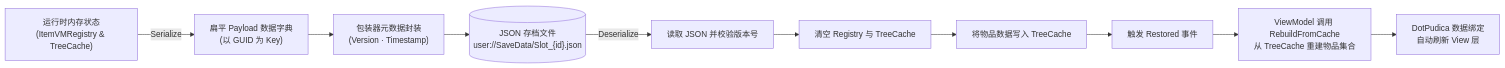
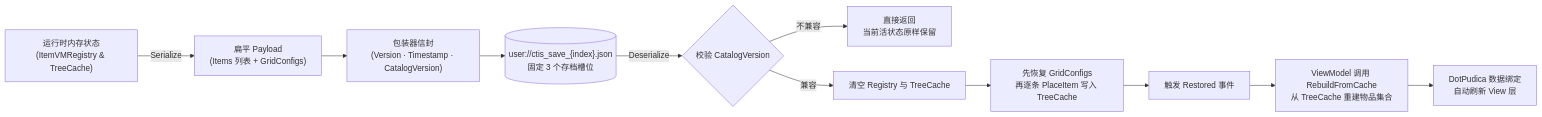
Before and after one commit to Cholopol/Cholopol-Tetris-Inventory-System: diagram 12 of 13 in README_CN.md, drawn with Mermaid. The commit also changed other lines of this file and 4 other files, not shown here.

````diff
--- a/README_CN.md
+++ b/README_CN.md
@@ -449,13 +541,14 @@
 ```mermaid
 flowchart LR
-  RuntimeState["运行时内存状态<br/>(ItemVMRegistry & TreeCache)"] -->|Serialize| DTO["扁平 Payload 数据字典<br/>(以 GUID 为 Key)"]
-  DTO --> Wrap["包装器元数据封装<br/>(Version · Timestamp)"]
-  Wrap --> SaveFile[("JSON 存档文件<br/>user://SaveData/Slot_{id}.json")]
+  RuntimeState["运行时内存状态<br/>(ItemVMRegistry & TreeCache)"] -->|Serialize| DTO["扁平 Payload<br/>(Items 列表 + GridConfigs)"]
+  DTO --> Wrap["包装器信封<br/>(Version · Timestamp · CatalogVersion)"]
+  Wrap --> SaveFile[("user://ctis_save_{index}.json<br/>固定 3 个存档槽位")]
 
-  SaveFile -->|Deserialize| Unpack["读取 JSON 并校验版本号"]
-  Unpack --> Clear["清空 Registry 与 TreeCache"]
-  Clear --> Apply["将物品数据写入 TreeCache"]
+  SaveFile -->|Deserialize| Check{"校验 CatalogVersion"}
+  Check -->|"不兼容"| Abort["直接返回<br/>当前活状态原样保留"]
+  Check -->|"兼容"| Clear["清空 Registry 与 TreeCache"]
+  Clear --> Apply["先恢复 GridConfigs<br/>再逐条 PlaceItem 写入 TreeCache"]
   Apply --> Notify["触发 Restored 事件"]
   Notify --> VM["ViewModel 调用 RebuildFromCache<br/>从 TreeCache 重建物品集合"]
   VM --> View["DotPudica 数据绑定<br/>自动刷新 View 层"]
 ```
````
